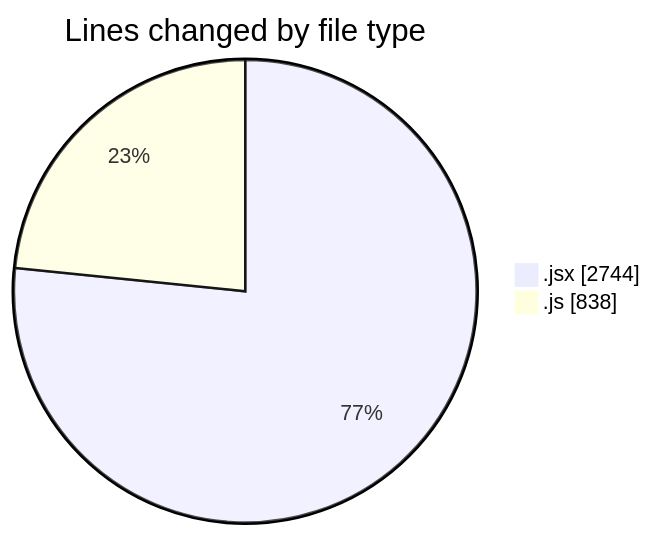
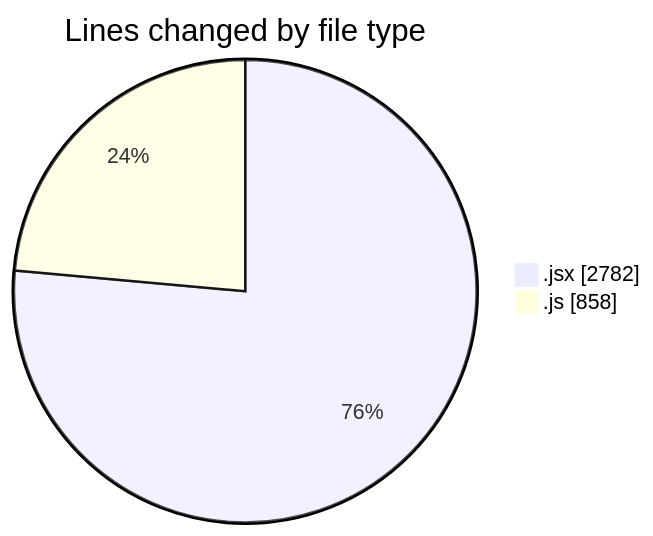
One commit to nxtqubesakshisongat/code-tracking changed the first of 2 diagrams in 2025-09-22/nxtqube_webapp/README.md. Above: the diagram before and after it, drawn with Mermaid. The commit also changed other lines of this file and 1 other file, not shown here.

````diff
--- a/2025-09-22/nxtqube_webapp/README.md
+++ b/2025-09-22/nxtqube_webapp/README.md
@@ -22,6 +22,6 @@
 ```mermaid
 pie showData
 title Lines changed by file type
-".jsx" : 2744
-".js" : 838
+".jsx" : 2782
+".js" : 858
 ```
````
